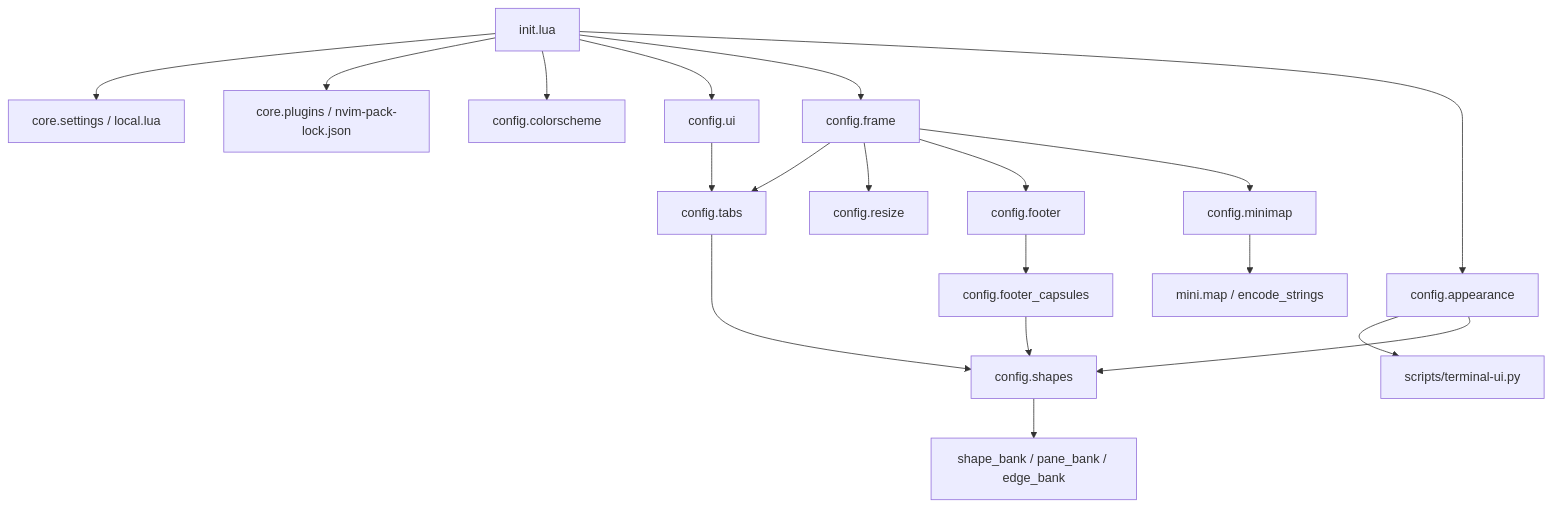
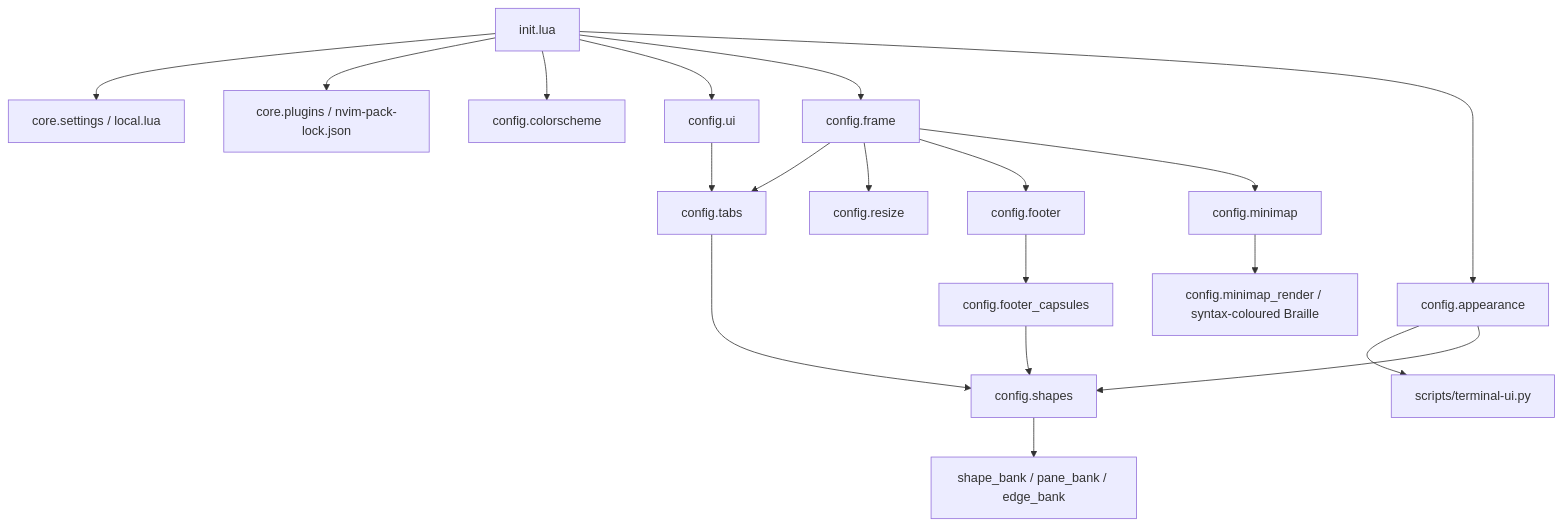
Before and after one commit to faneikuangtu12138/neovim-workbench: the diagram in docs/CONFIGURATION.md, drawn with Mermaid. The commit also changed other lines of this file and 8 other files, not shown here.

Commit message:
Render a syntax-coloured fixed-density minimap

````diff
--- a/docs/CONFIGURATION.md
+++ b/docs/CONFIGURATION.md
@@ -28,21 +28,21 @@
 ```mermaid
 flowchart TD
   Init[init.lua] --> Settings[core.settings / local.lua]
   Init --> Plugins[core.plugins / nvim-pack-lock.json]
   Init --> Theme[config.colorscheme]
   Init --> UI[config.ui]
   UI --> Tabs[config.tabs]
   Tabs --> Shapes[config.shapes]
   Shapes --> Banks[shape_bank / pane_bank / edge_bank]
   Init --> Frame[config.frame]
   Frame --> Tabs
   Frame --> Resize[config.resize]
   Frame --> Footer[config.footer]
   Frame --> Minimap[config.minimap]
-  Minimap --> Encoder[mini.map / encode_strings]
+  Minimap --> Encoder[config.minimap_render / syntax-coloured Braille]
   Footer --> Capsules[config.footer_capsules]
   Capsules --> Shapes
   Init --> Appearance[config.appearance]
   Appearance --> Backend[scripts/terminal-ui.py]
   Appearance --> Shapes
 ```
````
